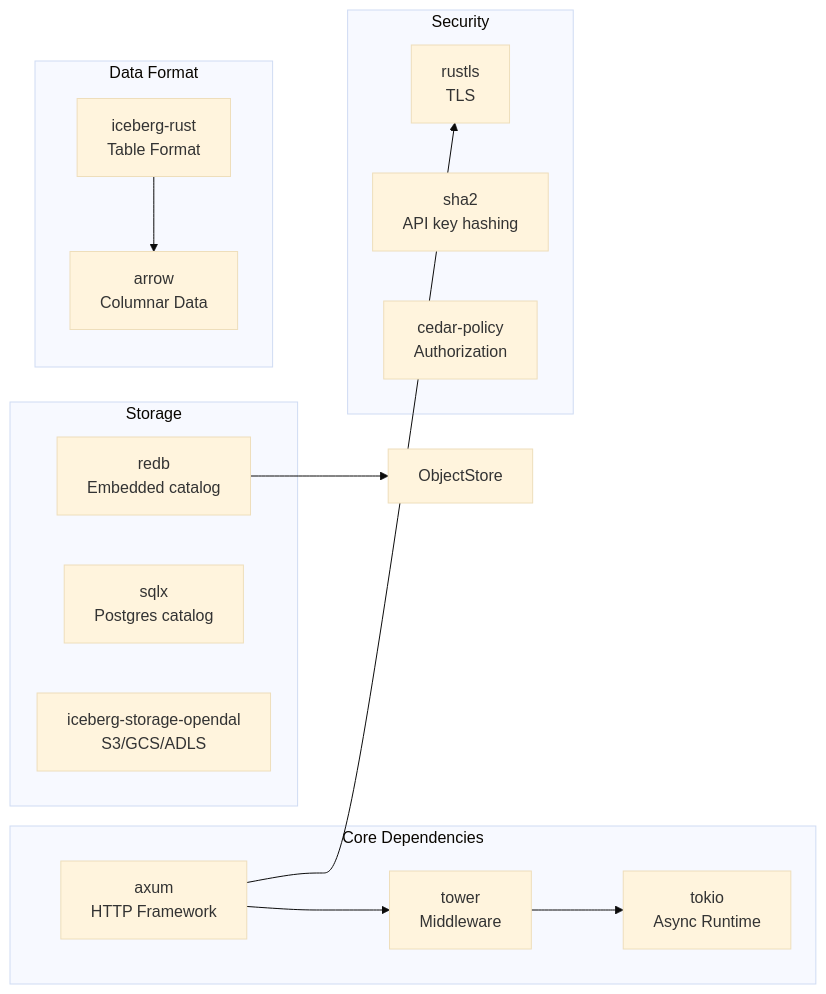
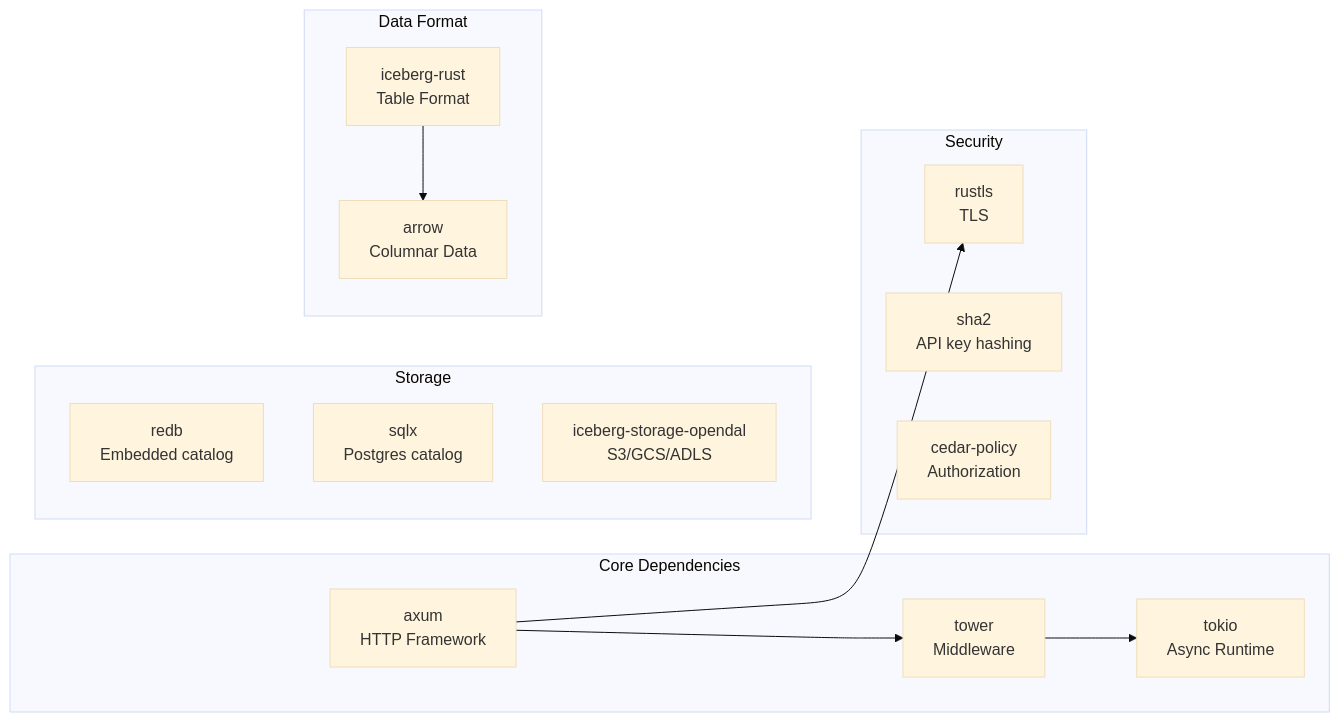
Before and after one commit to hupe1980/rustberg: the ninth of 10 diagrams in site/content/docs/architecture.md, drawn with Mermaid (base theme). The commit also changed other lines of this file and 114 other files, not shown here.

````diff
--- a/site/content/docs/architecture.md
+++ b/site/content/docs/architecture.md
@@ -340,31 +294,30 @@
 ```mermaid
 graph LR
     subgraph Core["Core Dependencies"]
         Axum[axum<br/>HTTP Framework]
         Tower[tower<br/>Middleware]
         Tokio[tokio<br/>Async Runtime]
     end
     
     subgraph Security["Security"]
         Rustls[rustls<br/>TLS]
         Sha2[sha2<br/>API key hashing]
         Cedar[cedar-policy<br/>Authorization]
     end
     
     subgraph Storage["Storage"]
         redb[redb<br/>Embedded catalog]
         sqlx[sqlx<br/>Postgres catalog]
         Opendal[iceberg-storage-opendal<br/>S3/GCS/ADLS]
     end
     
     subgraph Format["Data Format"]
         Iceberg[iceberg-rust<br/>Table Format]
         Arrow[arrow<br/>Columnar Data]
     end
     
     Axum --> Tower
     Tower --> Tokio
     Axum --> Rustls
-    redb --> ObjectStore
     Iceberg --> Arrow
 ```
````
